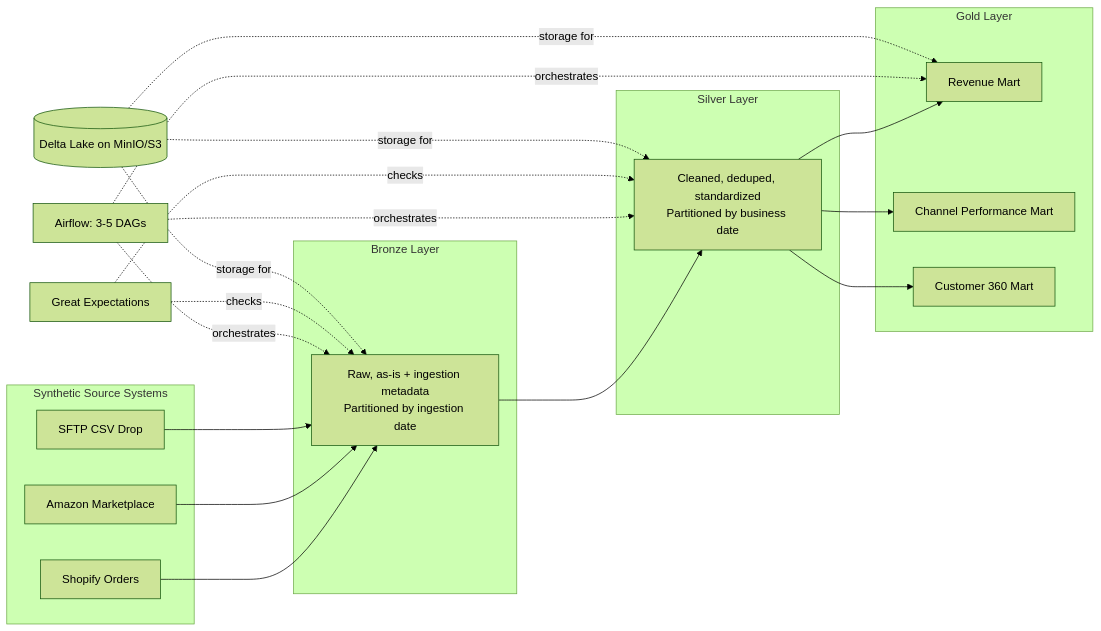
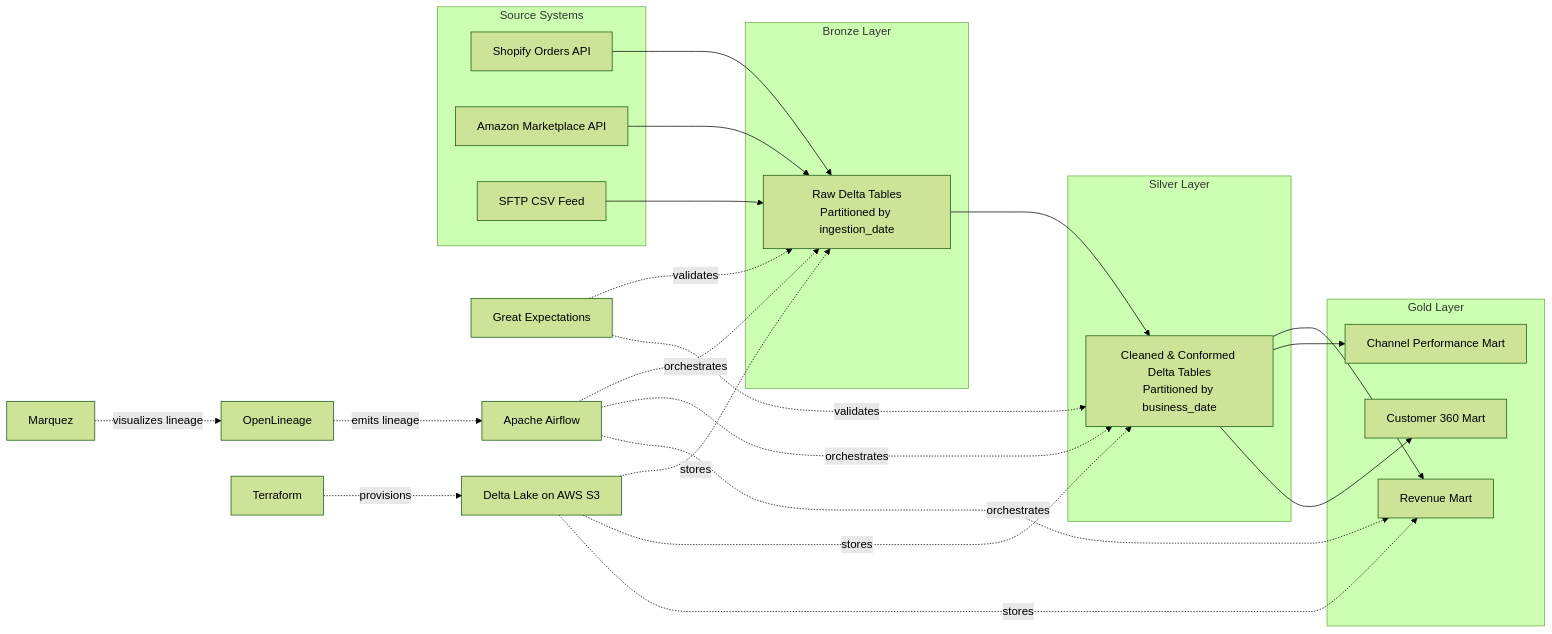
Before and after one commit to AKrishnaK05/unified-commerce-lakehouse: the diagram in design_doc.md, drawn with Mermaid (forest theme). The commit also changed other lines of this file, not shown here.

````diff
--- a/design_doc.md
+++ b/design_doc.md
@@ -39,39 +132,49 @@
 ```mermaid
 flowchart LR
-    subgraph SRC["Synthetic Source Systems"]
-        S1[Shopify Orders]
-        S2[Amazon Marketplace]
-        S3[SFTP CSV Drop]
+
+    subgraph SRC["Source Systems"]
+        S1[Shopify Orders API]
+        S2[Amazon Marketplace API]
+        S3[SFTP CSV Feed]
     end
- 
+
     subgraph BRONZE["Bronze Layer"]
-        B1["Raw, as-is + ingestion metadata<br/>Partitioned by ingestion date"]
+        B1["Raw Delta Tables<br/>Partitioned by ingestion_date"]
     end
- 
+
     subgraph SILVER["Silver Layer"]
-        SV["Cleaned, deduped, standardized<br/>Partitioned by business date"]
+        SV["Cleaned & Conformed Delta Tables<br/>Partitioned by business_date"]
     end
- 
+
     subgraph GOLD["Gold Layer"]
         G1[Revenue Mart]
         G2[Channel Performance Mart]
         G3[Customer 360 Mart]
     end
- 
+
     S1 --> B1
     S2 --> B1
     S3 --> B1
+
     B1 --> SV
+
     SV --> G1
     SV --> G2
     SV --> G3
- 
-    AF["Airflow: 3-5 DAGs"] -.orchestrates.-> B1
+
+    AF["Apache Airflow"] -.orchestrates.-> B1
     AF -.orchestrates.-> SV
     AF -.orchestrates.-> G1
-    GE["Great Expectations"] -.checks.-> B1
-    GE -.checks.-> SV
-    DL[("Delta Lake on MinIO/S3")] -.storage for.-> B1
-    DL -.storage for.-> SV
-    DL -.storage for.-> G1
+
+    GE["Great Expectations"] -.validates.-> B1
+    GE -.validates.-> SV
+
+    DL["Delta Lake on AWS S3"] -.stores.-> B1
+    DL -.stores.-> SV
+    DL -.stores.-> G1
+
+    OL["OpenLineage"] -.emits lineage.-> AF
+    MQ["Marquez"] -.visualizes lineage.-> OL
+
+    TF["Terraform"] -.provisions.-> DL
 ```
````
